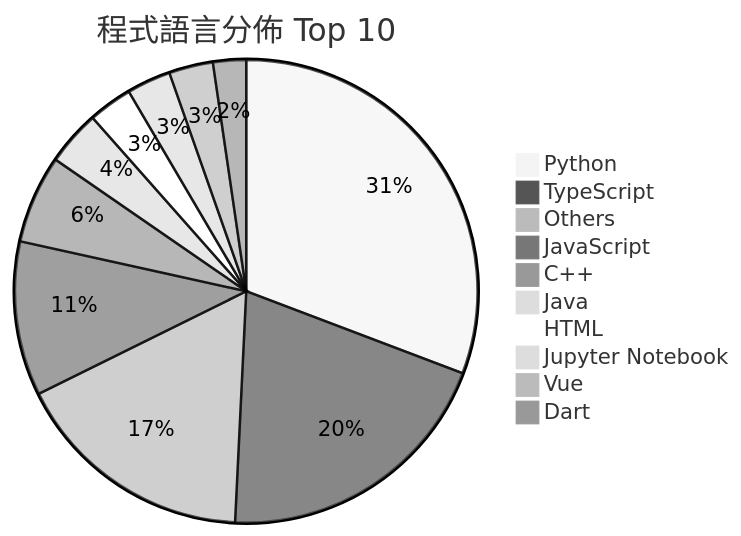
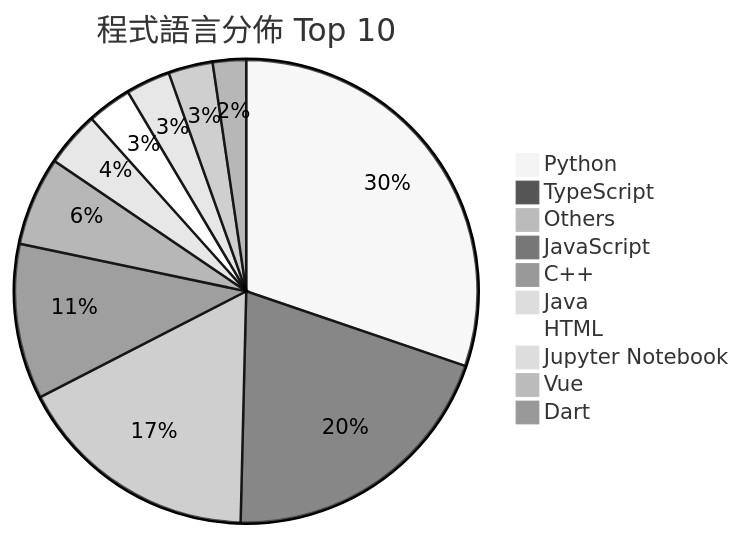
Before and after one commit to Andy87877/GitHub-Star-Manager: the second of 2 diagrams in README.md, drawn with Mermaid (neutral theme). The commit also changed other lines of this file and 3 other files, not shown here.

````diff
--- a/README.md
+++ b/README.md
@@ -27,13 +27,13 @@
 ```mermaid
 pie title 程式語言分佈 Top 10
-    "Python" : 40
+    "Python" : 39
     "TypeScript" : 26
     "Others" : 22
     "JavaScript" : 14
     "C++" : 8
     "Java" : 5
     "HTML" : 4
     "Jupyter Notebook" : 4
     "Vue" : 4
     "Dart" : 3
 ```
````
